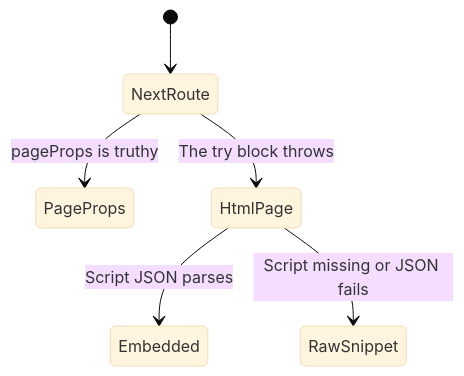
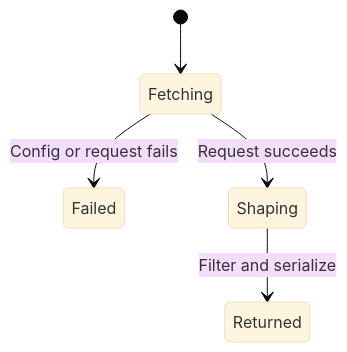
One commit to LeadGrowGTM/skool-mcp changed the diagram in docs/state/notifications-fallback.md. Above: the diagram before and after it, drawn with Mermaid (base theme). The commit also changed other lines of this file and 8 other files, not shown here.

````diff
--- a/docs/state/notifications-fallback.md
+++ b/docs/state/notifications-fallback.md
@@ -40,8 +19,7 @@
 ```mermaid
 stateDiagram-v2
-    [*] --> NextRoute
-    NextRoute --> PageProps: pageProps is truthy
-    NextRoute --> HtmlPage: The try block throws
-    HtmlPage --> Embedded: Script JSON parses
-    HtmlPage --> RawSnippet: Script missing or JSON fails
+    [*] --> Fetching
+    Fetching --> Failed: Config or request fails
+    Fetching --> Shaping: Request succeeds
+    Shaping --> Returned: Filter and serialize
 ```
````
